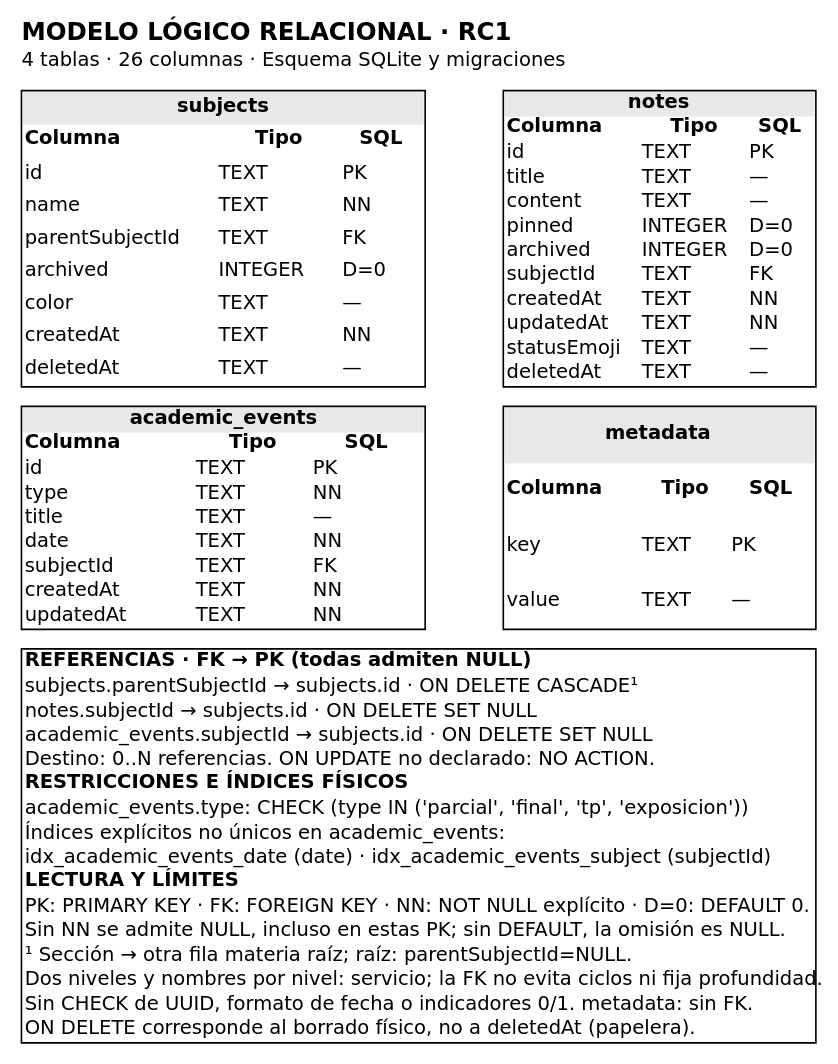
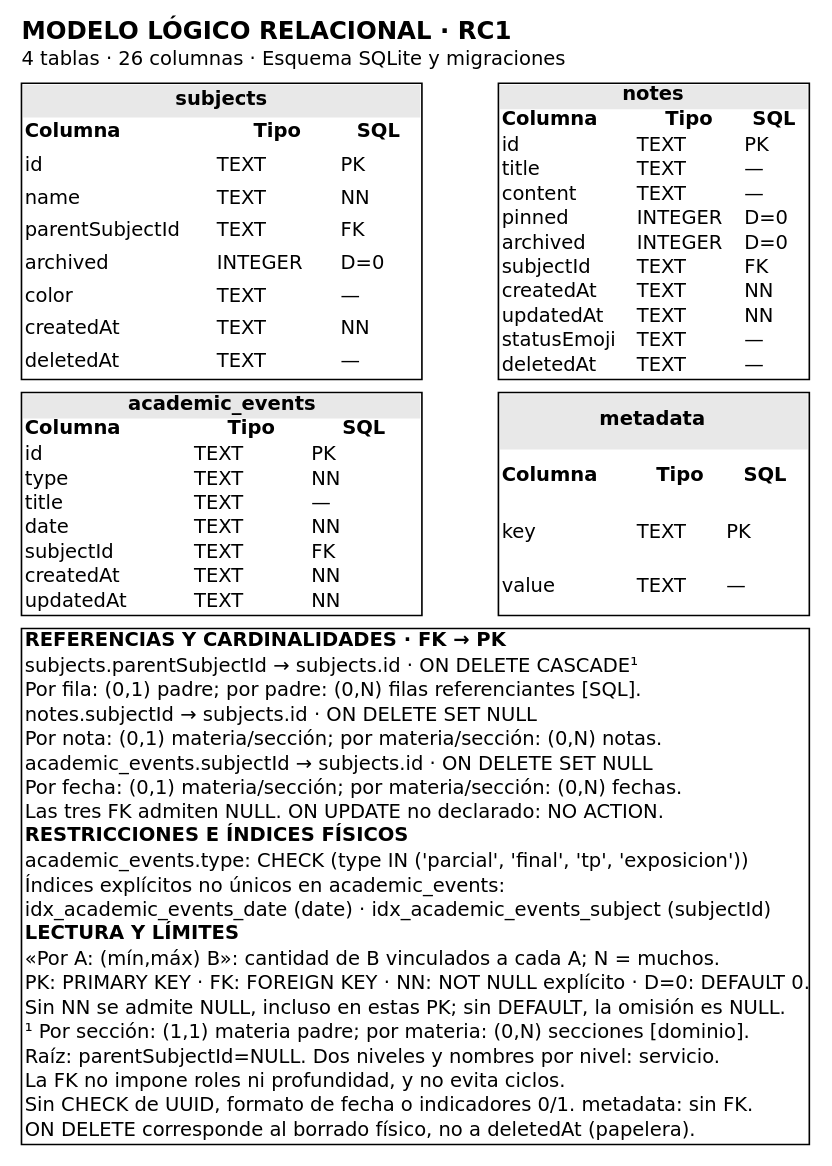
The diagram in docs/diagramas/database/03-modelo-logico-relacional.dot (jdfesa/lumapse), drawn with Graphviz before and after one commit. The commit also changed 3 other files, not shown here.

```diff
--- a/docs/diagramas/database/03-modelo-logico-relacional.dot
+++ b/docs/diagramas/database/03-modelo-logico-relacional.dot
@@ -1,66 +1,71 @@
 // Figura documental: transcripción contrastada con connection.js RC1 (bcefe6a).
 // Regeneración: dot -Tsvg <este archivo> -o 03-modelo-logico-relacional.svg
 // NN reproduce exclusivamente NOT NULL explícito; PK no lo implica en estas tablas SQLite.
 digraph Logical {
  graph [bgcolor="white", margin=0, pad=0.08];
  node [shape=plain, fontname="DejaVu Sans", fontsize=12];
  schema [label=<<TABLE BORDER="0" CELLBORDER="0" CELLSPACING="0" CELLPADDING="0">
 <TR><TD COLSPAN="3" ALIGN="LEFT"><FONT POINT-SIZE="15"><B>MODELO LÓGICO RELACIONAL · RC1</B></FONT></TD></TR>
 <TR><TD COLSPAN="3" ALIGN="LEFT">4 tablas · 26 columnas · Esquema SQLite y migraciones</TD></TR>
-<TR><TD HEIGHT="12" COLSPAN="3"></TD></TR>
+<TR><TD HEIGHT="8" COLSPAN="3"></TD></TR>
 <TR><TD VALIGN="TOP"><TABLE BORDER="1" CELLBORDER="0" CELLSPACING="0" CELLPADDING="1">
 <TR><TD COLSPAN="3" BGCOLOR="#e8e8e8"><B>subjects</B></TD></TR>
 <TR><TD ALIGN="LEFT"><B>Columna</B></TD><TD><B>Tipo</B></TD><TD><B>SQL</B></TD></TR>
 <TR><TD ALIGN="LEFT">id</TD><TD ALIGN="LEFT">TEXT</TD><TD ALIGN="LEFT">PK</TD></TR>
 <TR><TD ALIGN="LEFT">name</TD><TD ALIGN="LEFT">TEXT</TD><TD ALIGN="LEFT">NN</TD></TR>
 <TR><TD ALIGN="LEFT">parentSubjectId</TD><TD ALIGN="LEFT">TEXT</TD><TD ALIGN="LEFT">FK</TD></TR>
 <TR><TD ALIGN="LEFT">archived</TD><TD ALIGN="LEFT">INTEGER</TD><TD ALIGN="LEFT">D=0</TD></TR>
 <TR><TD ALIGN="LEFT">color</TD><TD ALIGN="LEFT">TEXT</TD><TD ALIGN="LEFT">—</TD></TR>
 <TR><TD ALIGN="LEFT">createdAt</TD><TD ALIGN="LEFT">TEXT</TD><TD ALIGN="LEFT">NN</TD></TR>
 <TR><TD ALIGN="LEFT">deletedAt</TD><TD ALIGN="LEFT">TEXT</TD><TD ALIGN="LEFT">—</TD></TR></TABLE></TD><TD WIDTH="16"></TD><TD VALIGN="TOP"><TABLE BORDER="1" CELLBORDER="0" CELLSPACING="0" CELLPADDING="1">
 <TR><TD COLSPAN="3" BGCOLOR="#e8e8e8"><B>notes</B></TD></TR>
 <TR><TD ALIGN="LEFT"><B>Columna</B></TD><TD><B>Tipo</B></TD><TD><B>SQL</B></TD></TR>
 <TR><TD ALIGN="LEFT">id</TD><TD ALIGN="LEFT">TEXT</TD><TD ALIGN="LEFT">PK</TD></TR>
 <TR><TD ALIGN="LEFT">title</TD><TD ALIGN="LEFT">TEXT</TD><TD ALIGN="LEFT">—</TD></TR>
 <TR><TD ALIGN="LEFT">content</TD><TD ALIGN="LEFT">TEXT</TD><TD ALIGN="LEFT">—</TD></TR>
 <TR><TD ALIGN="LEFT">pinned</TD><TD ALIGN="LEFT">INTEGER</TD><TD ALIGN="LEFT">D=0</TD></TR>
 <TR><TD ALIGN="LEFT">archived</TD><TD ALIGN="LEFT">INTEGER</TD><TD ALIGN="LEFT">D=0</TD></TR>
 <TR><TD ALIGN="LEFT">subjectId</TD><TD ALIGN="LEFT">TEXT</TD><TD ALIGN="LEFT">FK</TD></TR>
 <TR><TD ALIGN="LEFT">createdAt</TD><TD ALIGN="LEFT">TEXT</TD><TD ALIGN="LEFT">NN</TD></TR>
 <TR><TD ALIGN="LEFT">updatedAt</TD><TD ALIGN="LEFT">TEXT</TD><TD ALIGN="LEFT">NN</TD></TR>
 <TR><TD ALIGN="LEFT">statusEmoji</TD><TD ALIGN="LEFT">TEXT</TD><TD ALIGN="LEFT">—</TD></TR>
 <TR><TD ALIGN="LEFT">deletedAt</TD><TD ALIGN="LEFT">TEXT</TD><TD ALIGN="LEFT">—</TD></TR></TABLE></TD></TR>
-<TR><TD HEIGHT="12" COLSPAN="3"></TD></TR>
+<TR><TD HEIGHT="8" COLSPAN="3"></TD></TR>
 <TR><TD VALIGN="TOP"><TABLE BORDER="1" CELLBORDER="0" CELLSPACING="0" CELLPADDING="1">
 <TR><TD COLSPAN="3" BGCOLOR="#e8e8e8"><B>academic_events</B></TD></TR>
 <TR><TD ALIGN="LEFT"><B>Columna</B></TD><TD><B>Tipo</B></TD><TD><B>SQL</B></TD></TR>
 <TR><TD ALIGN="LEFT">id</TD><TD ALIGN="LEFT">TEXT</TD><TD ALIGN="LEFT">PK</TD></TR>
 <TR><TD ALIGN="LEFT">type</TD><TD ALIGN="LEFT">TEXT</TD><TD ALIGN="LEFT">NN</TD></TR>
 <TR><TD ALIGN="LEFT">title</TD><TD ALIGN="LEFT">TEXT</TD><TD ALIGN="LEFT">—</TD></TR>
 <TR><TD ALIGN="LEFT">date</TD><TD ALIGN="LEFT">TEXT</TD><TD ALIGN="LEFT">NN</TD></TR>
 <TR><TD ALIGN="LEFT">subjectId</TD><TD ALIGN="LEFT">TEXT</TD><TD ALIGN="LEFT">FK</TD></TR>
 <TR><TD ALIGN="LEFT">createdAt</TD><TD ALIGN="LEFT">TEXT</TD><TD ALIGN="LEFT">NN</TD></TR>
 <TR><TD ALIGN="LEFT">updatedAt</TD><TD ALIGN="LEFT">TEXT</TD><TD ALIGN="LEFT">NN</TD></TR></TABLE></TD><TD></TD><TD VALIGN="TOP"><TABLE BORDER="1" CELLBORDER="0" CELLSPACING="0" CELLPADDING="1">
 <TR><TD COLSPAN="3" BGCOLOR="#e8e8e8"><B>metadata</B></TD></TR>
 <TR><TD ALIGN="LEFT"><B>Columna</B></TD><TD><B>Tipo</B></TD><TD><B>SQL</B></TD></TR>
 <TR><TD ALIGN="LEFT">key</TD><TD ALIGN="LEFT">TEXT</TD><TD ALIGN="LEFT">PK</TD></TR>
 <TR><TD ALIGN="LEFT">value</TD><TD ALIGN="LEFT">TEXT</TD><TD ALIGN="LEFT">—</TD></TR></TABLE></TD></TR>
-<TR><TD HEIGHT="12" COLSPAN="3"></TD></TR>
+<TR><TD HEIGHT="8" COLSPAN="3"></TD></TR>
 <TR><TD COLSPAN="3"><TABLE BORDER="1" CELLBORDER="0" CELLSPACING="0" CELLPADDING="1">
-<TR><TD ALIGN="LEFT"><B>REFERENCIAS · FK → PK (todas admiten NULL)</B></TD></TR>
+<TR><TD ALIGN="LEFT"><B>REFERENCIAS Y CARDINALIDADES · FK → PK</B></TD></TR>
 <TR><TD ALIGN="LEFT">subjects.parentSubjectId → subjects.id · ON DELETE CASCADE¹</TD></TR>
+<TR><TD ALIGN="LEFT">Por fila: (0,1) padre; por padre: (0,N) filas referenciantes [SQL].</TD></TR>
 <TR><TD ALIGN="LEFT">notes.subjectId → subjects.id · ON DELETE SET NULL</TD></TR>
+<TR><TD ALIGN="LEFT">Por nota: (0,1) materia/sección; por materia/sección: (0,N) notas.</TD></TR>
 <TR><TD ALIGN="LEFT">academic_events.subjectId → subjects.id · ON DELETE SET NULL</TD></TR>
-<TR><TD ALIGN="LEFT">Destino: 0..N referencias. ON UPDATE no declarado: NO ACTION.</TD></TR>
+<TR><TD ALIGN="LEFT">Por fecha: (0,1) materia/sección; por materia/sección: (0,N) fechas.</TD></TR>
+<TR><TD ALIGN="LEFT">Las tres FK admiten NULL. ON UPDATE no declarado: NO ACTION.</TD></TR>
 <TR><TD ALIGN="LEFT"><B>RESTRICCIONES E ÍNDICES FÍSICOS</B></TD></TR>
 <TR><TD ALIGN="LEFT">academic_events.type: CHECK (type IN ('parcial', 'final', 'tp', 'exposicion'))</TD></TR>
 <TR><TD ALIGN="LEFT">Índices explícitos no únicos en academic_events:</TD></TR>
 <TR><TD ALIGN="LEFT">idx_academic_events_date (date) · idx_academic_events_subject (subjectId)</TD></TR>
 <TR><TD ALIGN="LEFT"><B>LECTURA Y LÍMITES</B></TD></TR>
+<TR><TD ALIGN="LEFT">«Por A: (mín,máx) B»: cantidad de B vinculados a cada A; N = muchos.</TD></TR>
 <TR><TD ALIGN="LEFT">PK: PRIMARY KEY · FK: FOREIGN KEY · NN: NOT NULL explícito · D=0: DEFAULT 0.</TD></TR>
 <TR><TD ALIGN="LEFT">Sin NN se admite NULL, incluso en estas PK; sin DEFAULT, la omisión es NULL.</TD></TR>
-<TR><TD ALIGN="LEFT">¹ Sección → otra fila materia raíz; raíz: parentSubjectId=NULL.</TD></TR>
-<TR><TD ALIGN="LEFT">Dos niveles y nombres por nivel: servicio; la FK no evita ciclos ni fija profundidad.</TD></TR>
+<TR><TD ALIGN="LEFT">¹ Por sección: (1,1) materia padre; por materia: (0,N) secciones [dominio].</TD></TR>
+<TR><TD ALIGN="LEFT">Raíz: parentSubjectId=NULL. Dos niveles y nombres por nivel: servicio.</TD></TR>
+<TR><TD ALIGN="LEFT">La FK no impone roles ni profundidad, y no evita ciclos.</TD></TR>
 <TR><TD ALIGN="LEFT">Sin CHECK de UUID, formato de fecha o indicadores 0/1. metadata: sin FK.</TD></TR>
 <TR><TD ALIGN="LEFT">ON DELETE corresponde al borrado físico, no a deletedAt (papelera).</TD></TR></TABLE></TD></TR></TABLE>>];
 }
```
